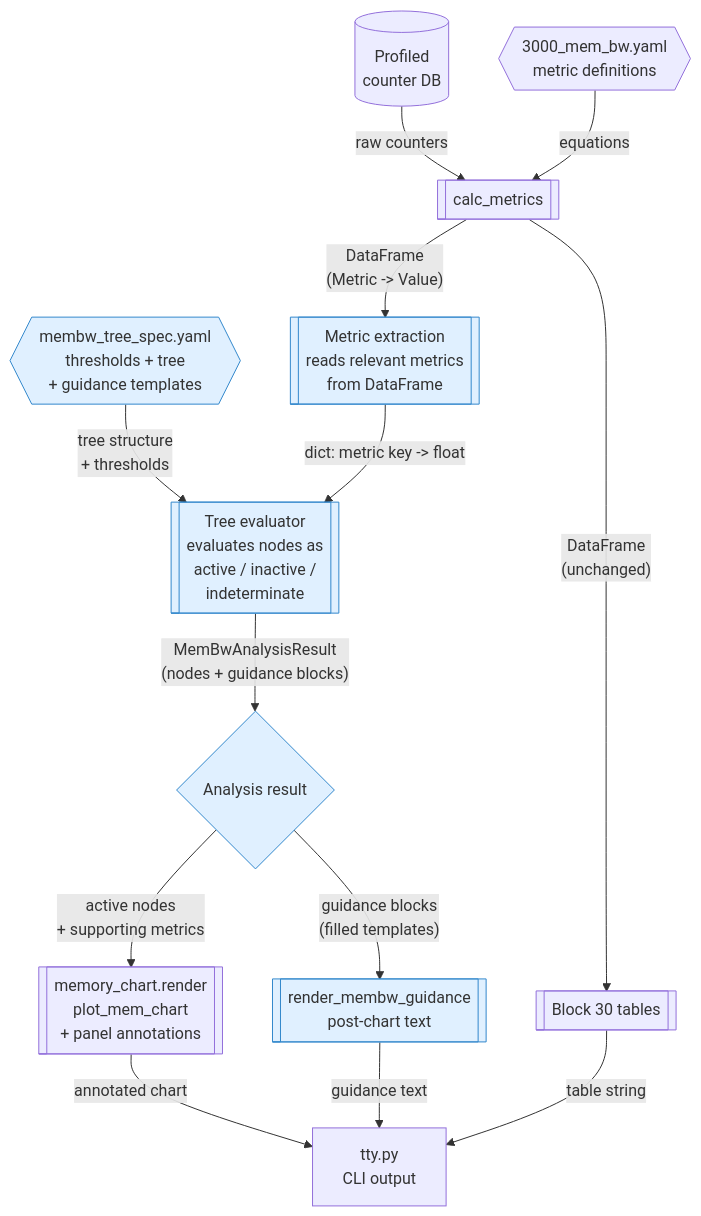
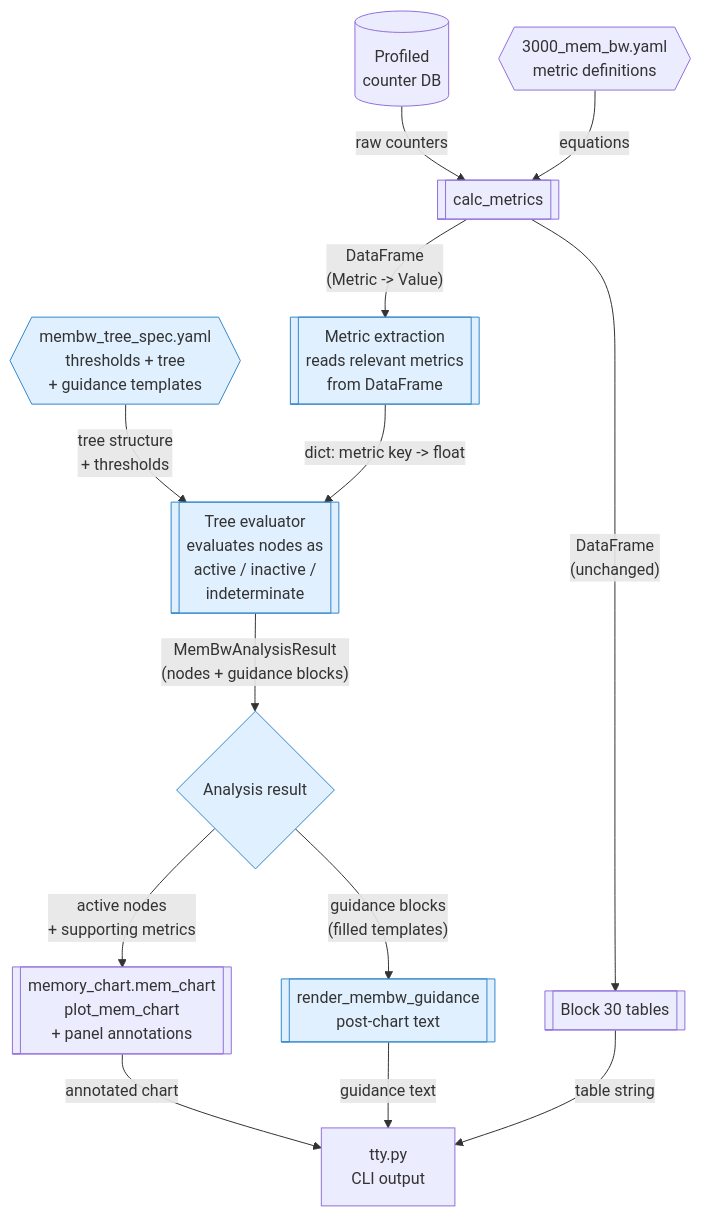
One commit to ROCm/rocm-systems changed the second of 3 diagrams in projects/rocprofiler-compute/docs/design/hld-membw-guided-analysis-in-memchart.md. Above: the diagram before and after it, drawn with Mermaid. The commit also changed other lines of this file and 9 other files, not shown here.

First line of the commit message:
feat(rocprofiler-compute): draw the memory chart from its layout

````diff
--- a/projects/rocprofiler-compute/docs/design/hld-membw-guided-analysis-in-memchart.md
+++ b/projects/rocprofiler-compute/docs/design/hld-membw-guided-analysis-in-memchart.md
@@ -225,29 +225,29 @@
 ```mermaid
 flowchart TD
     DB[(Profiled<br/>counter DB)]
     B30{{3000_mem_bw.yaml<br/>metric definitions}}
     TS{{membw_tree_spec.yaml<br/>thresholds + tree<br/>+ guidance templates}}
 
     DB -- raw counters --> CALC[[calc_metrics]]
     B30 -- equations --> CALC
 
     CALC -- "DataFrame<br/>(Metric -> Value)" --> ME[[Metric extraction<br/>reads relevant metrics<br/>from DataFrame]]
     TS -- tree structure<br/>+ thresholds --> ENG[[Tree evaluator<br/>evaluates nodes as<br/>active / inactive /<br/>indeterminate]]
     ME -- "dict: metric key -> float" --> ENG
 
     ENG -- "MemBwAnalysisResult<br/>(nodes + guidance blocks)" --> AR{Analysis result}
 
-    AR -- "active nodes<br/>+ supporting metrics" --> MC[[memory_chart.render<br/>plot_mem_chart<br/>+ panel annotations]]
+    AR -- "active nodes<br/>+ supporting metrics" --> MC[[memory_chart.mem_chart<br/>plot_mem_chart<br/>+ panel annotations]]
     AR -- "guidance blocks<br/>(filled templates)" --> GR[[render_membw_guidance<br/>post-chart text]]
     CALC -- "DataFrame<br/>(unchanged)" --> B30T[[Block 30 tables]]
 
     MC -- annotated chart --> TTY[tty.py<br/>CLI output]
     GR -- guidance text --> TTY
     B30T -- table string --> TTY
 
     style TS fill:#e0f0ff,stroke:#3388cc
     style ME fill:#e0f0ff,stroke:#3388cc
     style ENG fill:#e0f0ff,stroke:#3388cc
     style AR fill:#e0f0ff,stroke:#3388cc
     style GR fill:#e0f0ff,stroke:#3388cc
 ```
````
